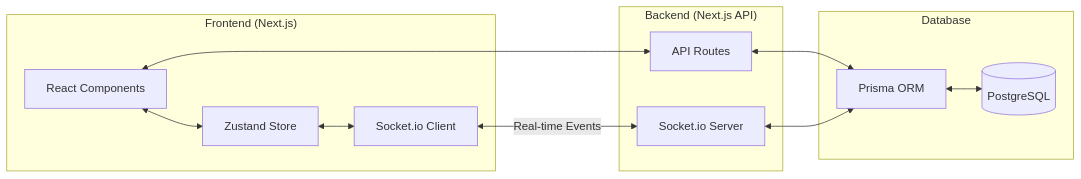
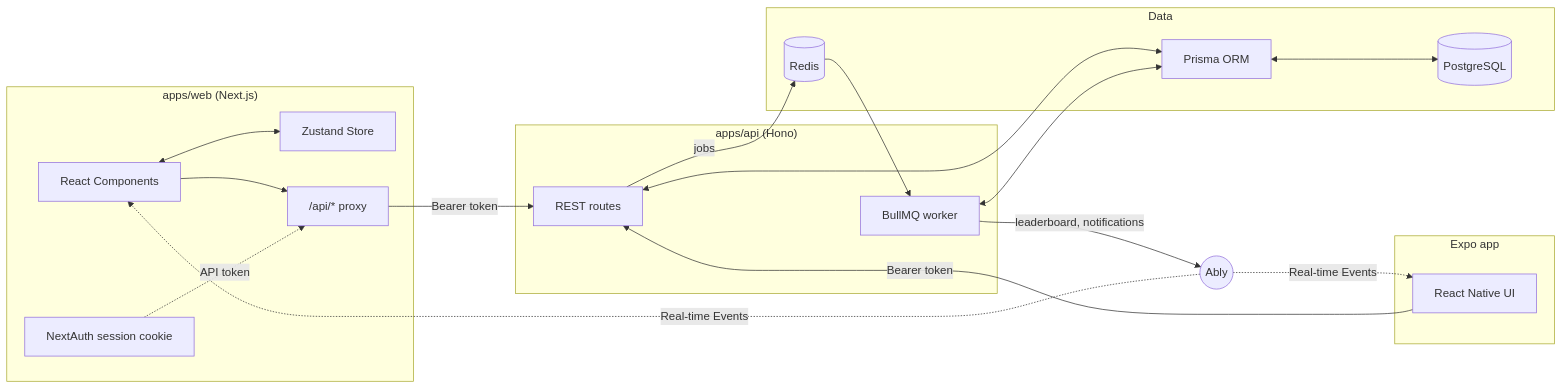
The second of 4 diagrams in ARCHITECTURE.md (tommyxlanes/golfnme-redo), drawn with Mermaid before and after one commit. The commit also changed other lines of this file and 188 other files, not shown here.

First line of the commit message:
Split the API out of Next.js into a standalone server

````diff
--- a/ARCHITECTURE.md
+++ b/ARCHITECTURE.md
@@ -108,26 +108,40 @@
 ```mermaid
 flowchart LR
-    subgraph CLIENT["Frontend (Next.js)"]
+    subgraph WEB["apps/web (Next.js)"]
         UI[React Components]
         STORE[Zustand Store]
-        SOCKET_CLIENT[Socket.io Client]
+        NEXTAUTH[NextAuth session cookie]
+        PROXY["/api/* proxy"]
     end
 
-    subgraph SERVER["Backend (Next.js API)"]
-        API[API Routes]
-        SOCKET_SERVER[Socket.io Server]
+    subgraph MOBILE["Expo app"]
+        RN[React Native UI]
     end
 
-    subgraph DB["Database"]
-        POSTGRES[(PostgreSQL)]
-        PRISMA[Prisma ORM]
+    subgraph SERVER["apps/api (Hono)"]
+        API[REST routes]
+        WORKER[BullMQ worker]
     end
 
+    subgraph DB["Data"]
+        PRISMA[Prisma ORM]
+        POSTGRES[(PostgreSQL)]
+        REDIS[(Redis)]
+    end
+
+    ABLY((Ably))
+
     UI <--> STORE
-    UI <--> API
-    STORE <--> SOCKET_CLIENT
-    SOCKET_CLIENT <-->|"Real-time Events"| SOCKET_SERVER
+    UI --> PROXY
+    NEXTAUTH -.->|"API token"| PROXY
+    PROXY -->|"Bearer token"| API
+    RN -->|"Bearer token"| API
     API <--> PRISMA
     PRISMA <--> POSTGRES
-    SOCKET_SERVER <--> PRISMA
+    API -->|"jobs"| REDIS
+    REDIS --> WORKER
+    WORKER <--> PRISMA
+    WORKER -->|"leaderboard, notifications"| ABLY
+    ABLY -.->|"Real-time Events"| UI
+    ABLY -.->|"Real-time Events"| RN
 ```
````
